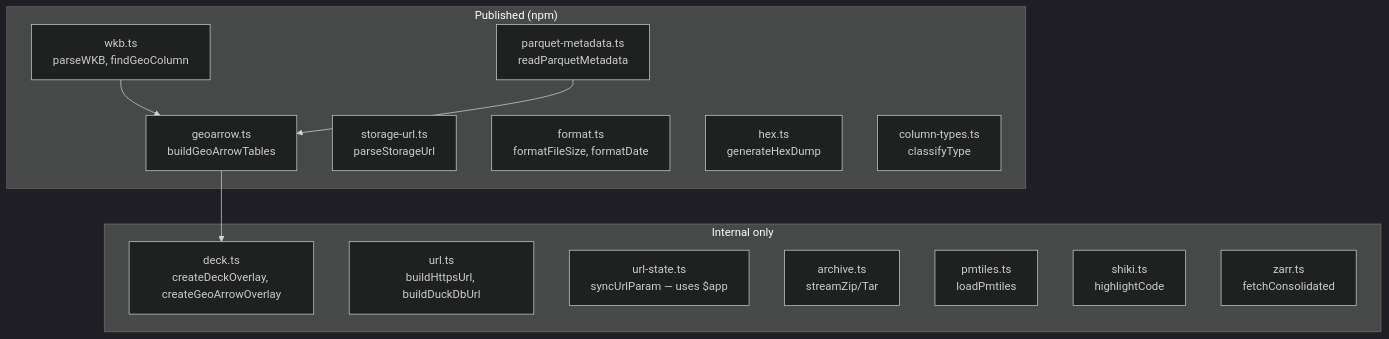
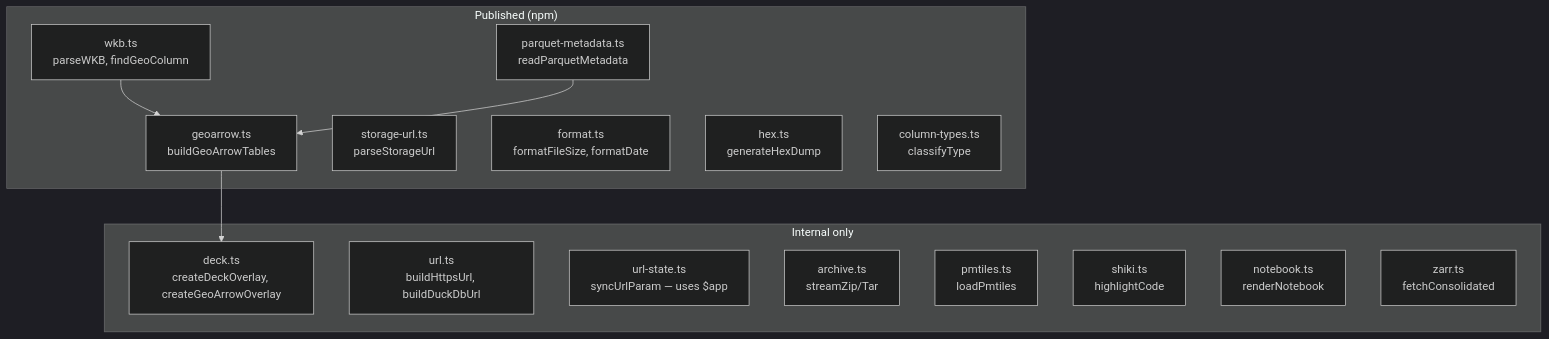
Before and after one commit to walkthru-earth/objex: the diagram in src/lib/utils/CLAUDE.md, drawn with Mermaid (dark theme). The commit also changed other lines of this file and 6 other files, not shown here.

````diff
--- a/src/lib/utils/CLAUDE.md
+++ b/src/lib/utils/CLAUDE.md
@@ -5,24 +5,25 @@
 ```mermaid
 graph TD
     subgraph "Published (npm)"
         WKB[wkb.ts<br/>parseWKB, findGeoColumn]
         GA[geoarrow.ts<br/>buildGeoArrowTables]
         SU[storage-url.ts<br/>parseStorageUrl]
         PM[parquet-metadata.ts<br/>readParquetMetadata]
         FMT[format.ts<br/>formatFileSize, formatDate]
         HEX[hex.ts<br/>generateHexDump]
         CT[column-types.ts<br/>classifyType]
     end
     subgraph "Internal only"
         DECK[deck.ts<br/>createDeckOverlay, createGeoArrowOverlay]
         URL[url.ts<br/>buildHttpsUrl, buildDuckDbUrl]
         US[url-state.ts<br/>syncUrlParam — uses $app]
         ARC[archive.ts<br/>streamZip/Tar]
         PMT[pmtiles.ts<br/>loadPmtiles]
         SHIKI[shiki.ts<br/>highlightCode]
+        NB[notebook.ts<br/>renderNotebook]
         ZARR[zarr.ts<br/>fetchConsolidated]
     end
     WKB --> GA
     PM --> GA
     GA --> DECK
 ```
````
